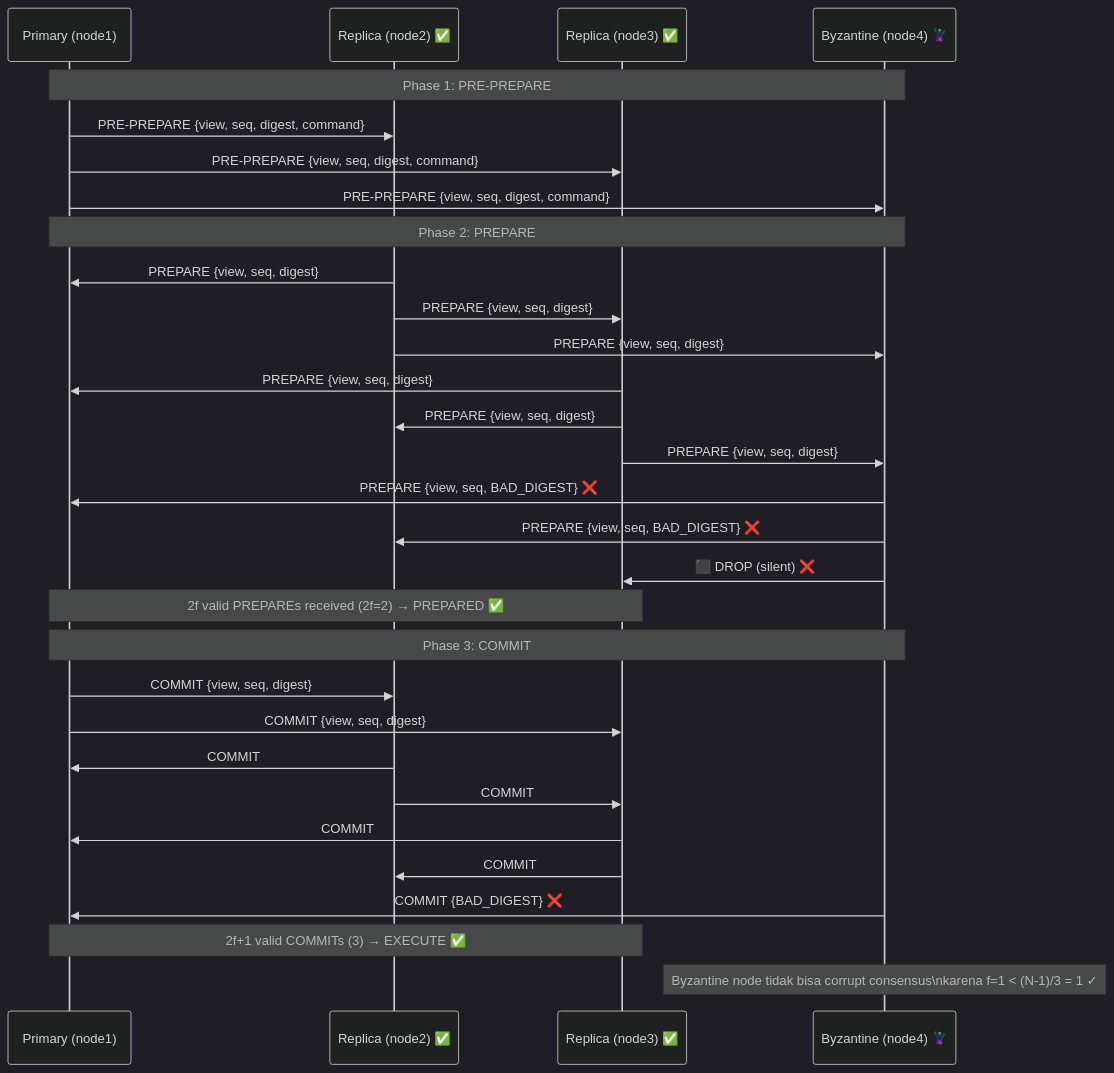
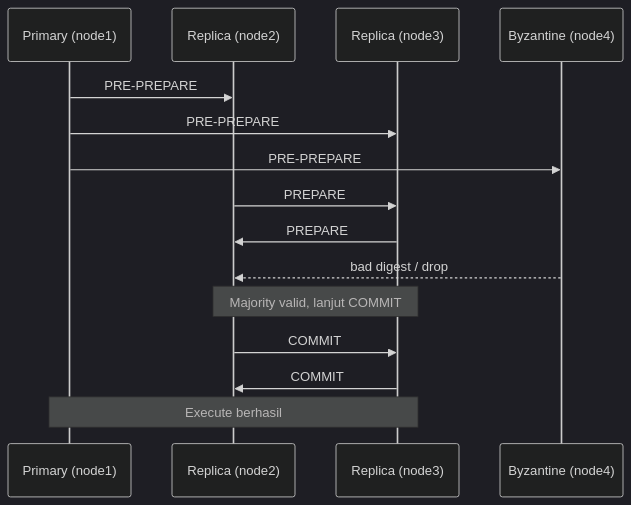
One commit to user312982/distributed-synchronization-system changed the fifth of 5 diagrams in docs/architecture.md. Above: the diagram before and after it, drawn with Mermaid (dark theme). The commit also changed other lines of this file and 5 other files, not shown here.

Commit message:
feat: add project demo script and update system architecture documentation, API configuration, and Grafana monitoring dashboards

````diff
--- a/docs/architecture.md
+++ b/docs/architecture.md
@@ -307,37 +115,18 @@
 ```mermaid
 sequenceDiagram
-    participant P as Primary (node1)
-    participant R1 as Replica (node2) ✅
-    participant R2 as Replica (node3) ✅
-    participant BYZ as Byzantine (node4) 🦹
+    participant L as Primary (node1)
+    participant R1 as Replica (node2)
+    participant R2 as Replica (node3)
+    participant B as Byzantine (node4)
 
-    Note over P,BYZ: Phase 1: PRE-PREPARE
-    P->>R1: PRE-PREPARE {view, seq, digest, command}
-    P->>R2: PRE-PREPARE {view, seq, digest, command}
-    P->>BYZ: PRE-PREPARE {view, seq, digest, command}
-
-    Note over P,BYZ: Phase 2: PREPARE
-    R1->>P: PREPARE {view, seq, digest}
-    R1->>R2: PREPARE {view, seq, digest}
-    R1->>BYZ: PREPARE {view, seq, digest}
-    R2->>P: PREPARE {view, seq, digest}
-    R2->>R1: PREPARE {view, seq, digest}
-    R2->>BYZ: PREPARE {view, seq, digest}
-    BYZ->>P: PREPARE {view, seq, BAD_DIGEST} ❌
-    BYZ->>R1: PREPARE {view, seq, BAD_DIGEST} ❌
-    BYZ->>R2: ⬛ DROP (silent) ❌
-
-    Note over P,R2: 2f valid PREPAREs received (2f=2) → PREPARED ✅
-
-    Note over P,BYZ: Phase 3: COMMIT
-    P->>R1: COMMIT {view, seq, digest}
-    P->>R2: COMMIT {view, seq, digest}
-    R1->>P: COMMIT
+    L->>R1: PRE-PREPARE
+    L->>R2: PRE-PREPARE
+    L->>B:  PRE-PREPARE
+    R1->>R2: PREPARE
+    R2->>R1: PREPARE
+    B-->>R1: bad digest / drop
+    Note over R1,R2: Majority valid, lanjut COMMIT
     R1->>R2: COMMIT
-    R2->>P: COMMIT
     R2->>R1: COMMIT
-    BYZ->>P: COMMIT {BAD_DIGEST} ❌
-
-    Note over P,R2: 2f+1 valid COMMITs (3) → EXECUTE ✅
-    Note over BYZ: Byzantine node tidak bisa corrupt consensus\nkarena f=1 < (N-1)/3 = 1 ✓
+    Note over L,R2: Execute berhasil
 ```
````
